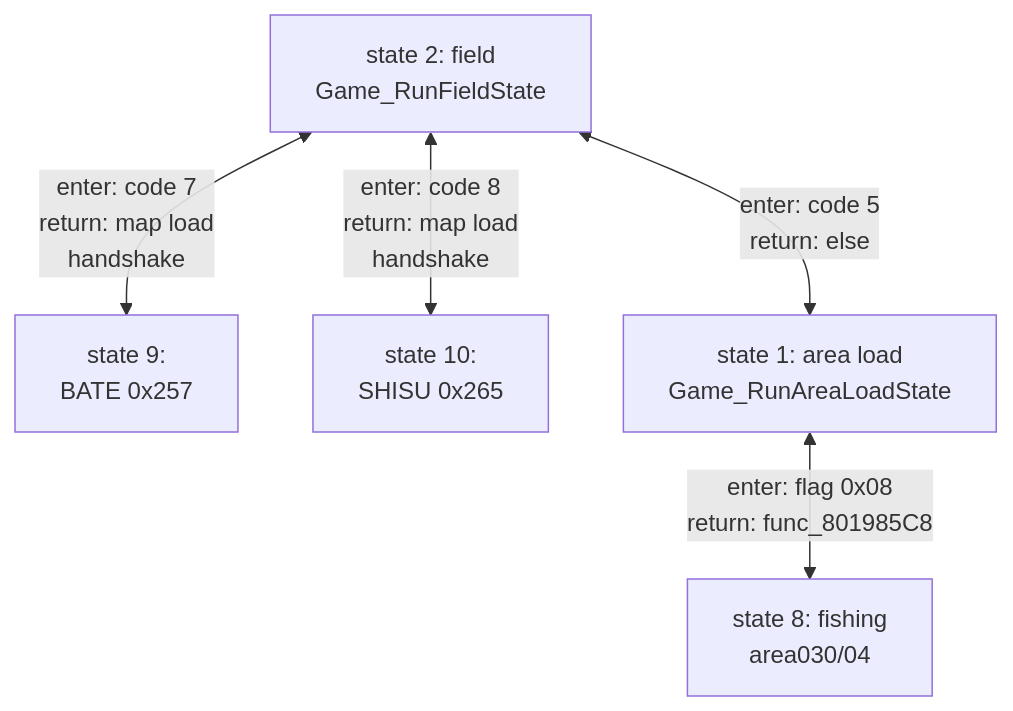
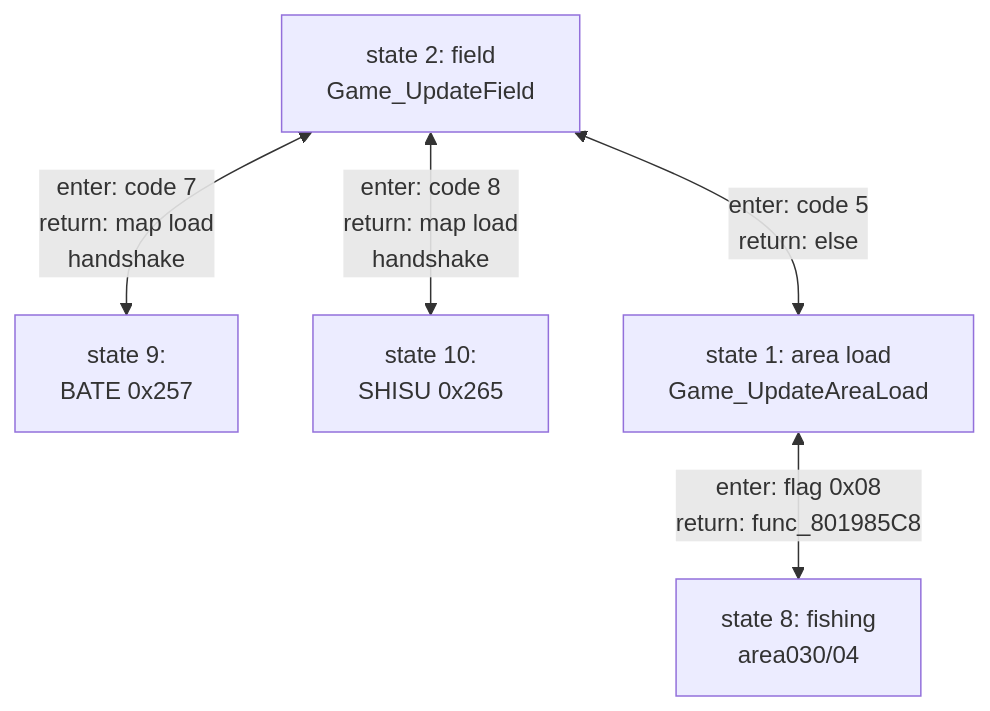
One commit to raulcorreia7/bof3-wiki changed the second of 2 diagrams in src/content/docs/systems/screens.md. Above: the diagram before and after it, drawn with Mermaid. The commit also changed other lines of this file and 29 other files, not shown here.

````diff
--- a/src/content/docs/systems/screens.md
+++ b/src/content/docs/systems/screens.md
@@ -45,8 +45,8 @@
 ```mermaid
 flowchart TD
-    F["state 2: field<br/>Game_RunFieldState"]
+    F["state 2: field<br/>Game_UpdateField"]
     F <-->|"enter: code 7<br/>return: map load<br/>handshake"| B["state 9:<br/>BATE 0x257"]
     F <-->|"enter: code 8<br/>return: map load<br/>handshake"| H["state 10:<br/>SHISU 0x265"]
-    F <-->|"enter: code 5<br/>return: else"| L["state 1: area load<br/>Game_RunAreaLoadState"]
+    F <-->|"enter: code 5<br/>return: else"| L["state 1: area load<br/>Game_UpdateAreaLoad"]
     L <-->|"enter: flag 0x08<br/>return: func_801985C8"| P["state 8: fishing<br/>area030/04"]
 ```
````
